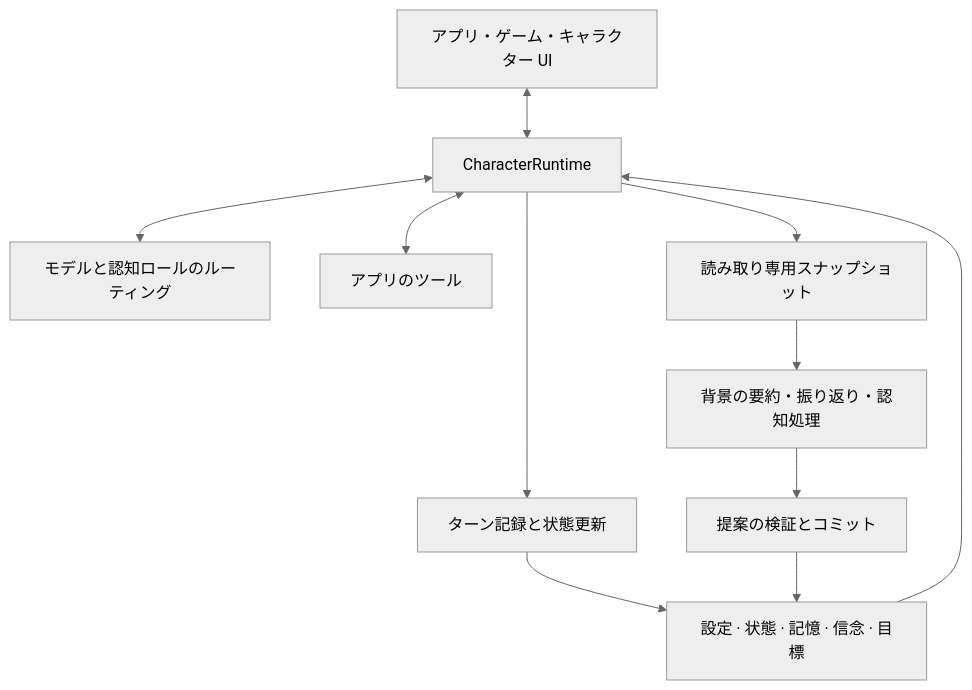
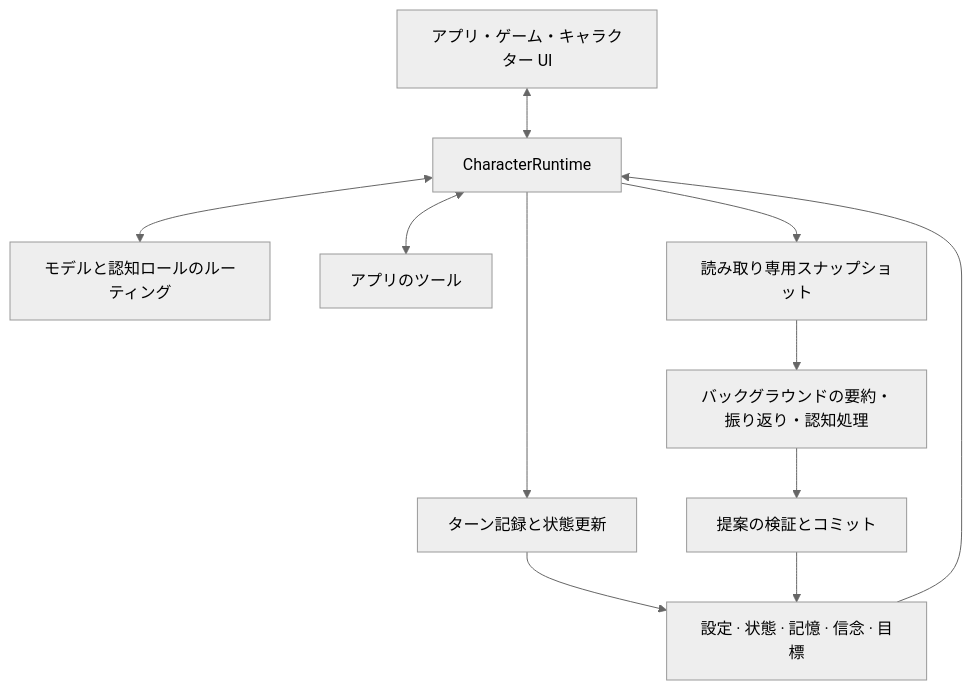
One commit to weryk153/ai-character-engine changed the diagram in README.ja.md. Above: the diagram before and after it, drawn with Mermaid (neutral theme). The commit also changed other lines of this file and 10 other files, not shown here.

````diff
--- a/README.ja.md
+++ b/README.ja.md
@@ -78,13 +78,13 @@
 ```mermaid
 flowchart TD
     App["アプリ・ゲーム・キャラクター UI"] <--> Runtime["CharacterRuntime"]
     Context["設定 · 状態 · 記憶 · 信念 · 目標"] --> Runtime
     Runtime <--> Models["モデルと認知ロールのルーティング"]
     Runtime <--> Tools["アプリのツール"]
     Runtime --> Record["ターン記録と状態更新"]
     Record --> Context
     Runtime --> Snapshot["読み取り専用スナップショット"]
-    Snapshot --> Workers["背景の要約・振り返り・認知処理"]
+    Snapshot --> Workers["バックグラウンドの要約・振り返り・認知処理"]
     Workers --> Commit["提案の検証とコミット"]
     Commit --> Context
 ```
````
